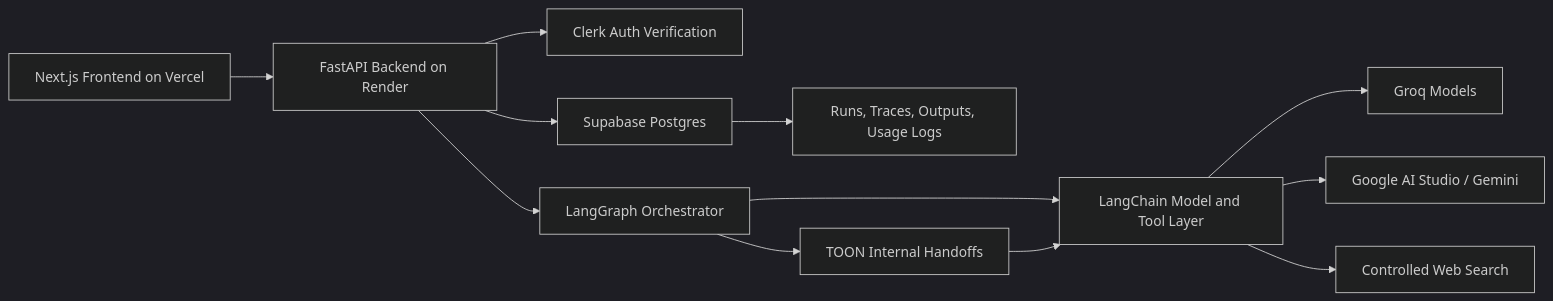
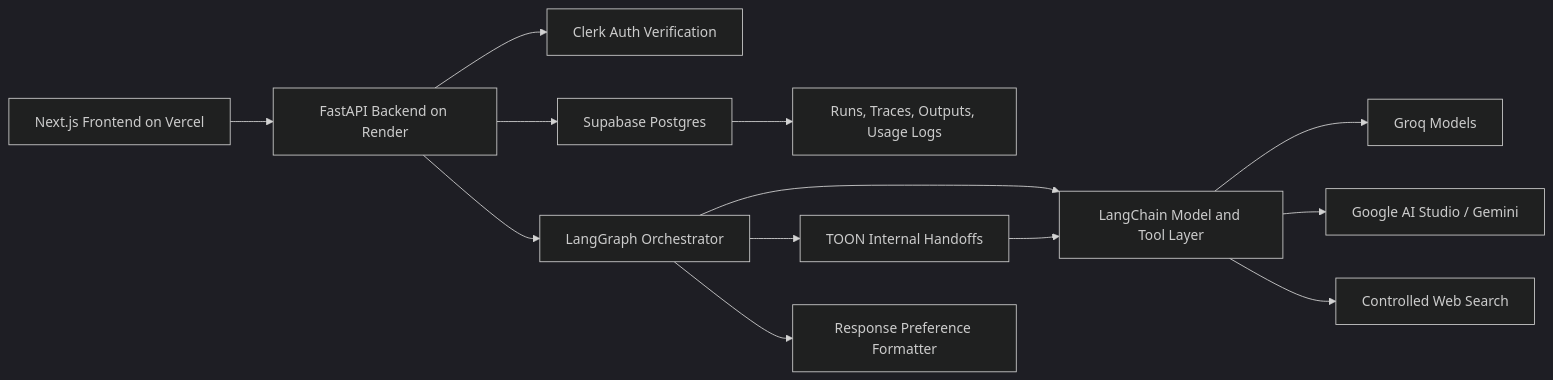
Before and after one commit to Hassaan146/agentic-ai-workflow: the eighth of 9 diagrams in docs/diagrams.md, drawn with Mermaid (dark theme). The commit also changed other lines of this file, not shown here.

Commit message:
Add response preference diagrams

````diff
--- a/docs/diagrams.md
+++ b/docs/diagrams.md
@@ -96,14 +130,15 @@
 ```mermaid
 flowchart LR
     A["Next.js Frontend on Vercel"] --> B["FastAPI Backend on Render"]
     B --> C["Clerk Auth Verification"]
     B --> D["Supabase Postgres"]
     B --> E["LangGraph Orchestrator"]
     E --> F["LangChain Model and Tool Layer"]
     F --> G["Groq Models"]
     F --> H["Google AI Studio / Gemini"]
     F --> I["Controlled Web Search"]
     E --> K["TOON Internal Handoffs"]
     K --> F
+    E --> L["Response Preference Formatter"]
     D --> J["Runs, Traces, Outputs, Usage Logs"]
 ```
````
